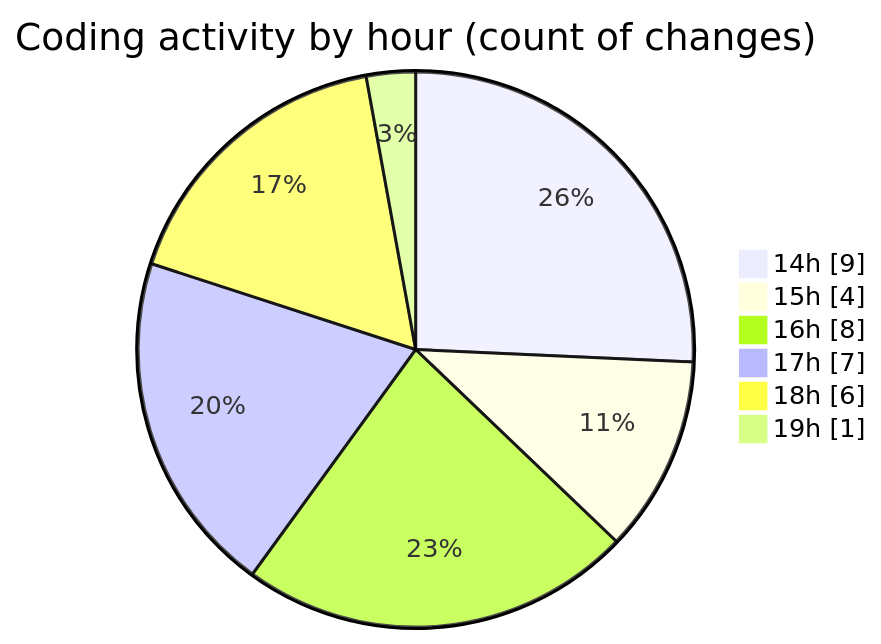
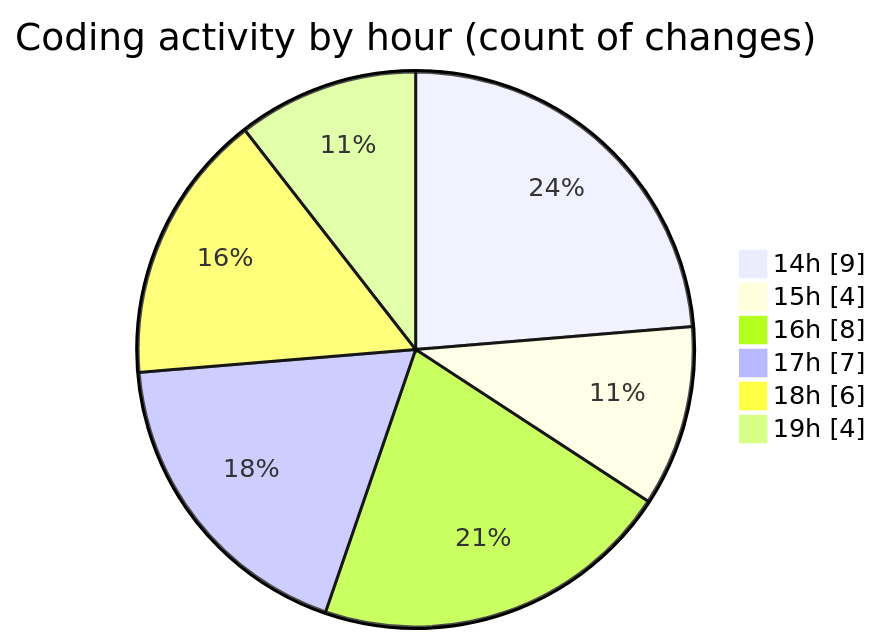
Before and after one commit to JenPaints/code-tracking: the second of 2 diagrams in 2025-05-28/kimberly-groups/README.md, drawn with Mermaid. The commit also changed other lines of this file and 1 other file, not shown here.

````diff
--- a/2025-05-28/kimberly-groups/README.md
+++ b/2025-05-28/kimberly-groups/README.md
@@ -36,10 +38,10 @@
 ```mermaid
 pie showData
 title Coding activity by hour (count of changes)
 "14h" : 9
 "15h" : 4
 "16h" : 8
 "17h" : 7
 "18h" : 6
-"19h" : 1
+"19h" : 4
 ```
````
